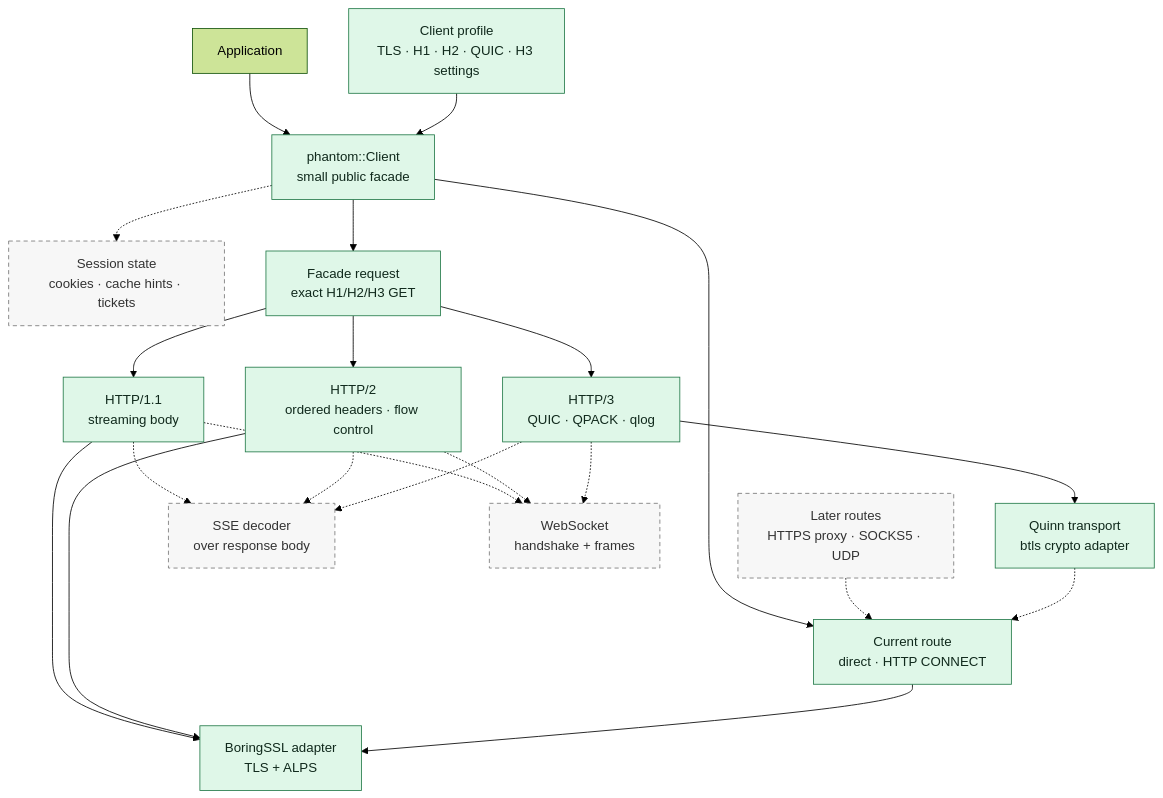
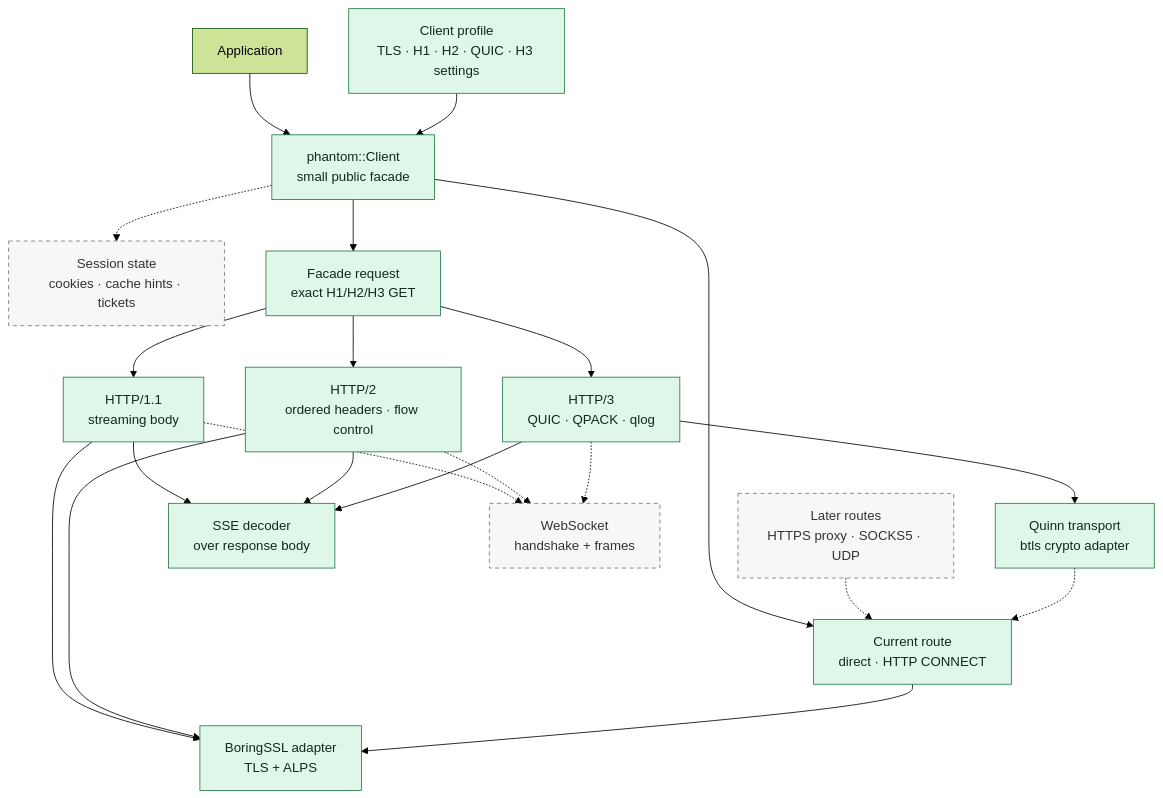
One commit to bywayhq/phantom changed the first of 4 diagrams in docs/architecture.md. Above: the diagram before and after it, drawn with Mermaid (forest theme). The commit also changed other lines of this file and 13 other files, not shown here.

````diff
--- a/docs/architecture.md
+++ b/docs/architecture.md
@@ -22,44 +22,44 @@
 ```mermaid
 flowchart TB
     User[Application]
     Client["phantom::Client<br/>small public facade"]
     Session["Session state<br/>cookies · cache hints · tickets"]
     Profile["Client profile<br/>TLS · H1 · H2 · QUIC · H3 settings"]
     Route["Current route<br/>direct · HTTP CONNECT"]
     FutureRoute["Later routes<br/>HTTPS proxy · SOCKS5 · UDP"]
     FacadeRequest["Facade request<br/>exact H1/H2/H3 GET"]
 
     H1["HTTP/1.1<br/>streaming body"]
     H2["HTTP/2<br/>ordered headers · flow control"]
     H3["HTTP/3<br/>QUIC · QPACK · qlog"]
     TLS["BoringSSL adapter<br/>TLS + ALPS"]
     QUIC["Quinn transport<br/>btls crypto adapter"]
     SSE["SSE decoder<br/>over response body"]
     WS["WebSocket<br/>handshake + frames"]
 
     User --> Client
     Profile --> Client
     FacadeRequest --> H1
     FacadeRequest --> H2
     FacadeRequest --> H3
     Client -.-> Session
     Client --> Route
     FutureRoute -.-> Route
     Client --> FacadeRequest
     H1 --> TLS
     H2 --> TLS
     H3 --> QUIC
     Route --> TLS
     QUIC -.-> Route
-    H1 -.-> SSE
-    H2 -.-> SSE
-    H3 -.-> SSE
+    H1 --> SSE
+    H2 --> SSE
+    H3 --> SSE
     H1 -.-> WS
     H2 -.-> WS
     H3 -.-> WS
 
     classDef current fill:#dff7e8,stroke:#237a49,color:#10291c
     classDef planned fill:#f7f7f7,stroke:#777,stroke-dasharray:5 4,color:#333
-    class Client,Profile,Route,FacadeRequest,H1,H2,H3,TLS,QUIC current
-    class Session,FutureRoute,SSE,WS planned
+    class Client,Profile,Route,FacadeRequest,H1,H2,H3,TLS,QUIC,SSE current
+    class Session,FutureRoute,WS planned
 ```
````
